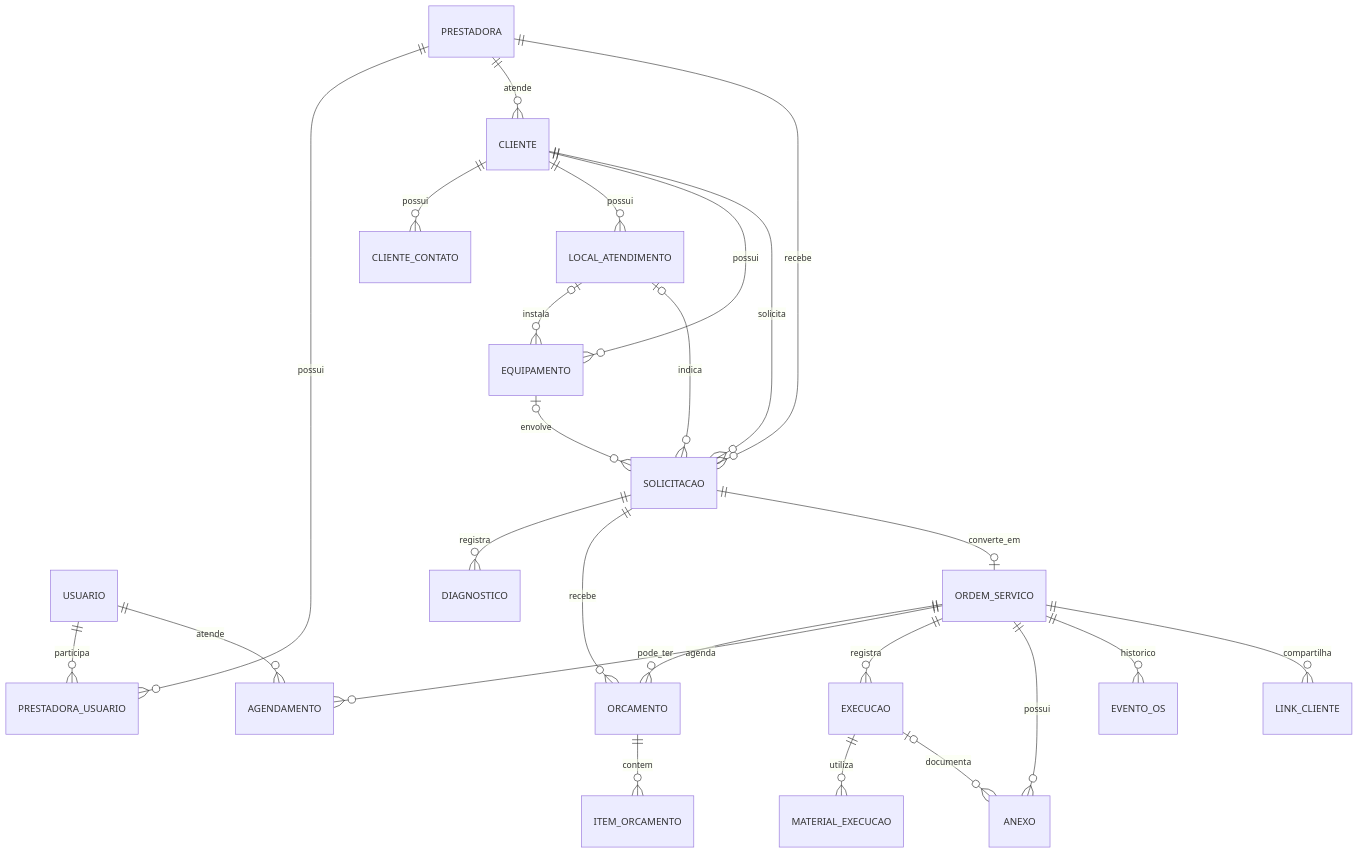
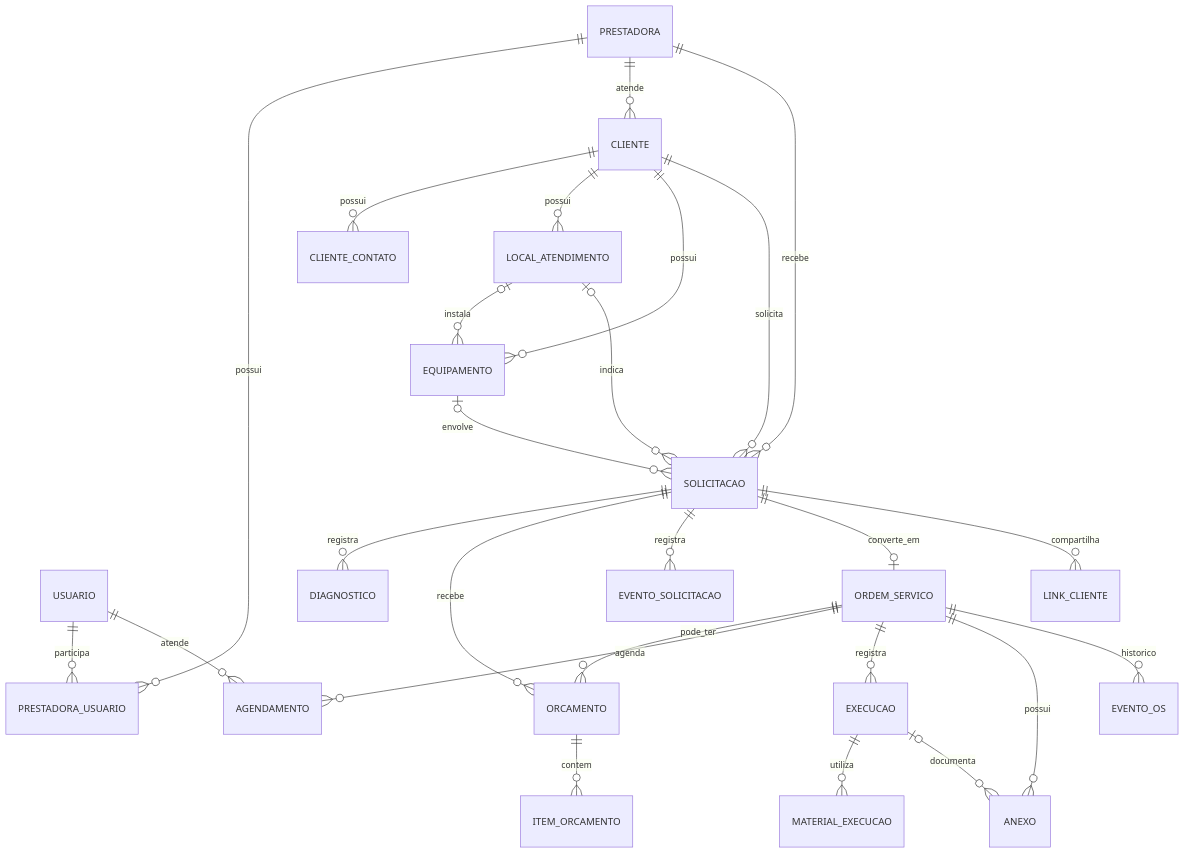
The diagram in docs/architecture/data-model.md (WellingtonADS/261002_AgServPro), drawn with Mermaid before and after one commit. The commit also changed other lines of this file, not shown here.

````diff
--- a/docs/architecture/data-model.md
+++ b/docs/architecture/data-model.md
@@ -20,27 +20,28 @@
 ```mermaid
 erDiagram
     PRESTADORA ||--o{ PRESTADORA_USUARIO : possui
     USUARIO ||--o{ PRESTADORA_USUARIO : participa
     PRESTADORA ||--o{ CLIENTE : atende
     CLIENTE ||--o{ CLIENTE_CONTATO : possui
     CLIENTE ||--o{ LOCAL_ATENDIMENTO : possui
     CLIENTE ||--o{ EQUIPAMENTO : possui
     LOCAL_ATENDIMENTO o|--o{ EQUIPAMENTO : instala
     PRESTADORA ||--o{ SOLICITACAO : recebe
     CLIENTE ||--o{ SOLICITACAO : solicita
     LOCAL_ATENDIMENTO o|--o{ SOLICITACAO : indica
     EQUIPAMENTO o|--o{ SOLICITACAO : envolve
     SOLICITACAO ||--o{ DIAGNOSTICO : registra
     SOLICITACAO ||--o{ ORCAMENTO : recebe
+    SOLICITACAO ||--o{ EVENTO_SOLICITACAO : registra
     SOLICITACAO ||--o| ORDEM_SERVICO : converte_em
     ORDEM_SERVICO ||--o{ ORCAMENTO : pode_ter
     ORCAMENTO ||--o{ ITEM_ORCAMENTO : contem
     ORDEM_SERVICO ||--o{ AGENDAMENTO : agenda
     USUARIO ||--o{ AGENDAMENTO : atende
     ORDEM_SERVICO ||--o{ EXECUCAO : registra
     EXECUCAO ||--o{ MATERIAL_EXECUCAO : utiliza
     EXECUCAO o|--o{ ANEXO : documenta
     ORDEM_SERVICO ||--o{ ANEXO : possui
     ORDEM_SERVICO ||--o{ EVENTO_OS : historico
-    ORDEM_SERVICO ||--o{ LINK_CLIENTE : compartilha
+    SOLICITACAO ||--o{ LINK_CLIENTE : compartilha
 ```
````
